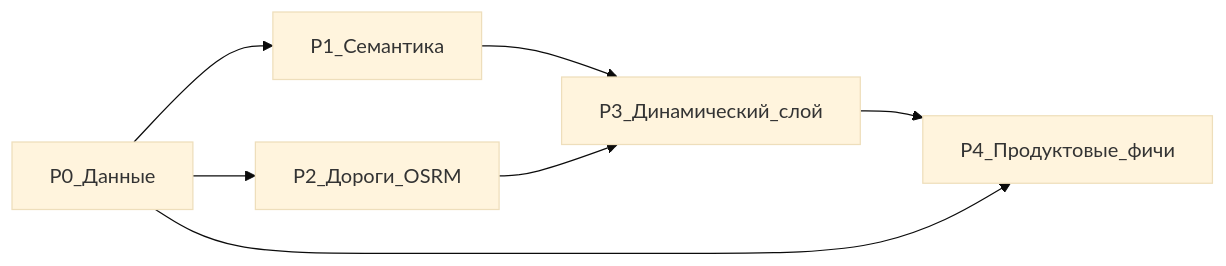
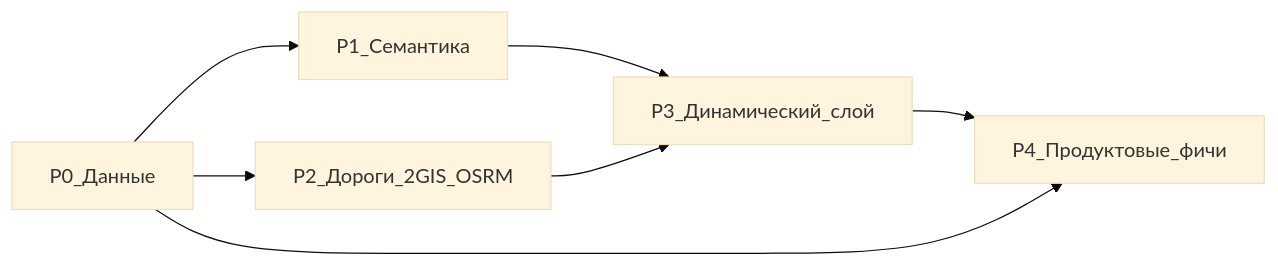
The diagram in docs/route-intelligence-roadmap.md (xotabeach/tourism-platform), drawn with Mermaid (base theme) before and after one commit. The commit also changed other lines of this file and 11 other files, not shown here.

````diff
--- a/docs/route-intelligence-roadmap.md
+++ b/docs/route-intelligence-roadmap.md
@@ -19,9 +23,9 @@
 ```mermaid
 flowchart LR
   P0[P0_Данные] --> P1[P1_Семантика]
-  P0 --> P2[P2_Дороги_OSRM]
+  P0 --> P2[P2_Дороги_2GIS_OSRM]
   P1 --> P3[P3_Динамический_слой]
   P2 --> P3
   P3 --> P4[P4_Продуктовые_фичи]
   P0 --> P4
 ```
````
